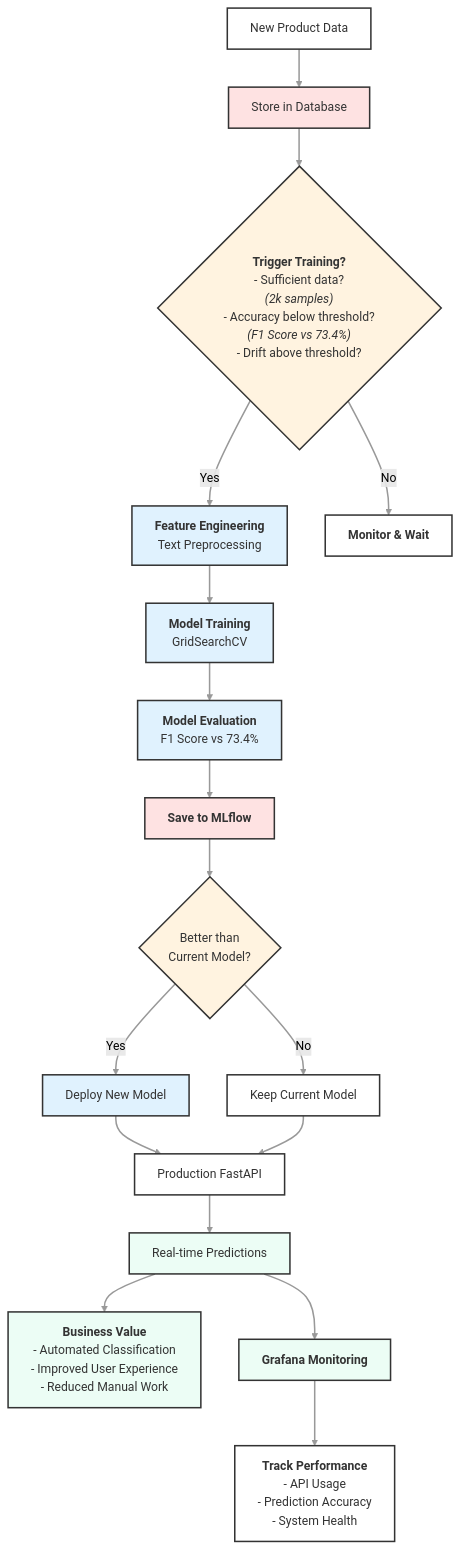
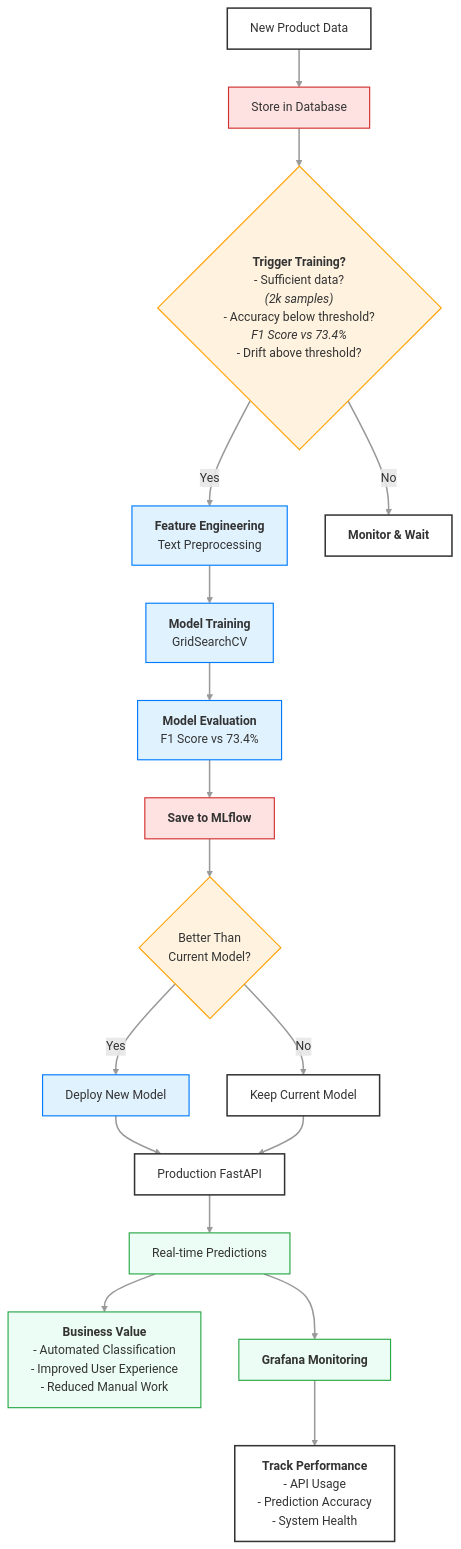
Before and after one commit to Pockyee/rakuten_project: the diagram in containers/rakuten_st/flowcharts/rakuten_mlops_retraining.mermaid, drawn with Mermaid.

Commit message:
feat: enhance Mermaid styling with improved clarity and consistency

```diff
--- a/containers/rakuten_st/flowcharts/rakuten_mlops_retraining.mermaid
+++ b/containers/rakuten_st/flowcharts/rakuten_mlops_retraining.mermaid
@@ -1,113 +1,115 @@
 graph TD
 
     %% RETRAINING NODES
 
     %% Data Ingestion [DI]
     Start[New Product Data]
     DataStorage[Store in Database]
     
     %% DI EDGE
     Start --> DataStorage
 
     
     %% Immediate Training Decision [ITD]
     TrainingTrigger{"`**Trigger Training?**
     - Sufficient data?
     _(2k samples)_
     - Accuracy below threshold?
-    _(F1 Score vs 73.4%)_
+    _F1 Score vs 73.4%_
     - Drift above threshold?`"}
 
     FeatureEngineering["`**Feature Engineering**
     Text Preprocessing`"]
 
     WaitingState["`**Monitor & Wait**`"]
 
     %% ITD EDGES
     DataStorage --> TrainingTrigger
     TrainingTrigger -- "Yes" --> FeatureEngineering
     TrainingTrigger -- "No" --> WaitingState
 
 
     %% Model Development Cycle [MDC]
 
     ModelTraining["`**Model Training**
     GridSearchCV`"]
 
     ModelEvaluation["`**Model Evaluation**
     F1 Score vs 73.4%`"]
     
     ModelRegistry["`**Save to MLflow**`"]
 
     %% MDC EDGES
     FeatureEngineering --> ModelTraining
     ModelTraining --> ModelEvaluation
     ModelEvaluation --> ModelRegistry
 
 
     %% Deployment Decision [DD]
     
-    DeploymentDecision{"Better than
+    DeploymentDecision{"Better Than
     Current Model?"}
     
     ModelDeployment["Deploy New Model"]
     
     KeepCurrent["Keep Current Model"]
 
     %% DD EDGES
     ModelRegistry --> DeploymentDecision
     DeploymentDecision -- "Yes" --> ModelDeployment
     DeploymentDecision -- "No" --> KeepCurrent
 
 
     %% REAL-TIME SERVING [RTS]
     ProductionAPI["Production FastAPI"]
     RealTimePredictions["Real-time Predictions"]
 
     %% RTS EDGES
     ModelDeployment --> ProductionAPI
     KeepCurrent --> ProductionAPI
     ProductionAPI --> RealTimePredictions
 
 
     %% Business Value [BV]
     BusinessValue["`**Business Value**
     - Automated Classification
     - Improved User Experience
     - Reduced Manual Work`"]
     
     %% BV EDGE
     RealTimePredictions --> BusinessValue
 
 
     %% Monitoring and Triggering [MaT]
 
     MonitoringDashboard["`**Grafana Monitoring**`"]
 
     PerformanceMetrics["`**Track Performance**
     - API Usage
     - Prediction Accuracy
     - System Health`"]
 
 
     %% MaT EDGES
     RealTimePredictions --> MonitoringDashboard
     MonitoringDashboard --> PerformanceMetrics
 
 
     %% STYLING
     %% Apply default styles to ALL nodes
     classDef default fill:#FFF,stroke:#333,stroke-width:2px;
 
     %% Apply default styles to ALL edges
-    linkStyle default stroke:#999,stroke-width:2px,color:black;
+    linkStyle default stroke:#999,stroke-width:2px,fill:none;
 
-    classDef process fill:#E0F2FE;
-    classDef decision fill:#FFF3E0;
-    classDef storage fill:#FEE2E2;
-    classDef value fill:#ECFDF5;
-    
-    class FeatureEngineering,ModelTraining,ModelEvaluation,ModelDeployment process
-    class TrainingTrigger,DeploymentDecision decision
-    class DataStorage,ModelRegistry storage
-    class BusinessValue,RealTimePredictions,MonitoringDashboard value
+    %% Node-specific styling
+    classDef process fill:#E0F2FE,stroke:#007BFF,stroke-width:1.5px;
+    classDef decision fill:#FFF3E0,stroke:#FFA000,stroke-width:1.5px;
+    classDef storage fill:#FEE2E2,stroke:#D32F2F,stroke-width:1.5px;
+    classDef value fill:#ECFDF5,stroke:#28A745,stroke-width:1.5px;
+
+    %% Applying classes to specific nodes (grouping for readability)
+    class FeatureEngineering,ModelTraining,ModelEvaluation,ModelDeployment process;
+    class TrainingTrigger,DeploymentDecision decision;
+    class DataStorage,ModelRegistry storage;
+    class BusinessValue,RealTimePredictions,MonitoringDashboard value;
```
